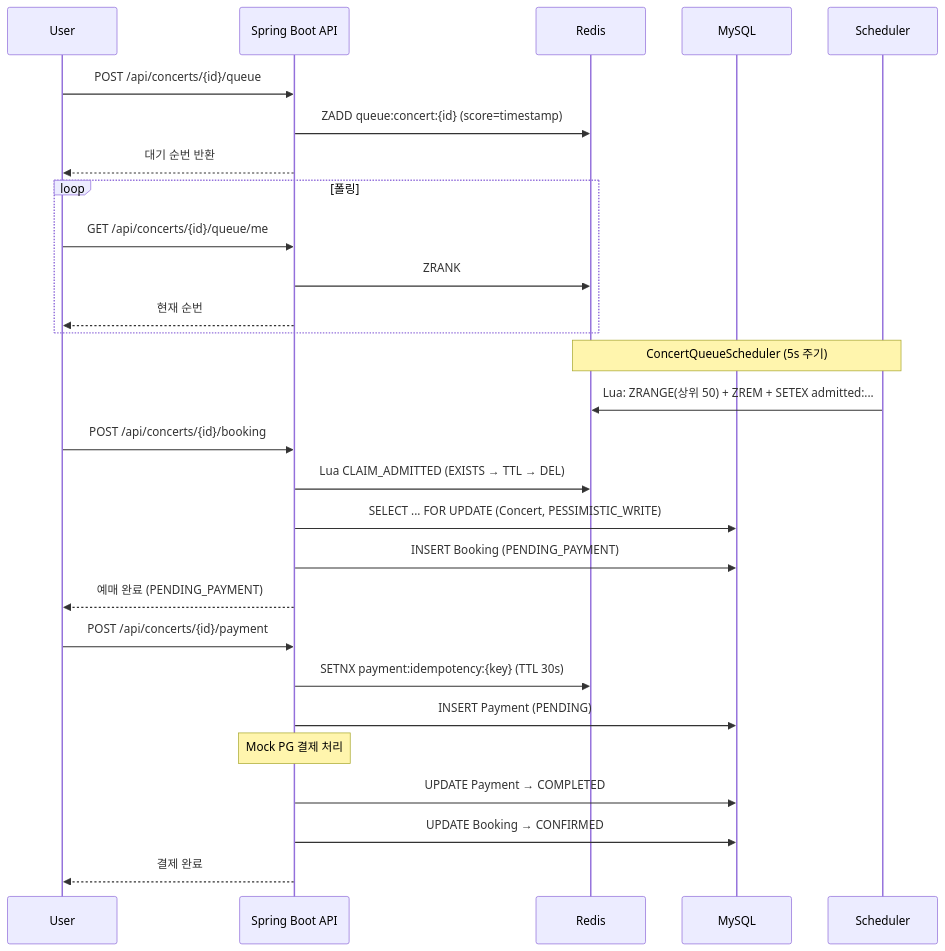
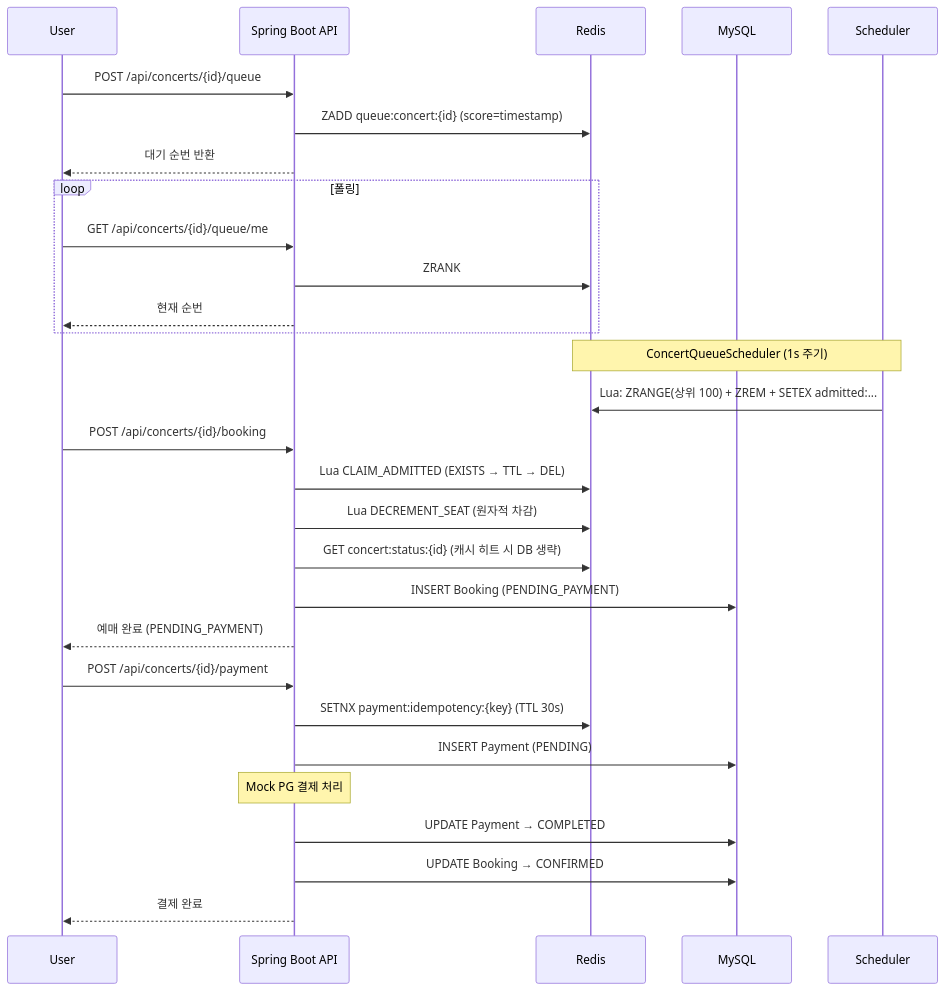
One commit to hak0622/ticketflow changed the first of 3 diagrams in docs/flow.md. Above: the diagram before and after it, drawn with Mermaid. The commit also changed 4 other files, not shown here.

````diff
--- a/docs/flow.md
+++ b/docs/flow.md
@@ -5,35 +5,36 @@
 ```mermaid
 sequenceDiagram
     participant U as User
     participant API as Spring Boot API
     participant Redis as Redis
     participant DB as MySQL
     participant Sched as Scheduler
 
     U->>API: POST /api/concerts/{id}/queue
     API->>Redis: ZADD queue:concert:{id} (score=timestamp)
     API-->>U: 대기 순번 반환
 
     loop 폴링
         U->>API: GET /api/concerts/{id}/queue/me
         API->>Redis: ZRANK
         API-->>U: 현재 순번
     end
 
-    Note over Sched,Redis: ConcertQueueScheduler (5s 주기)
-    Sched->>Redis: Lua: ZRANGE(상위 50) + ZREM + SETEX admitted:...
+    Note over Sched,Redis: ConcertQueueScheduler (1s 주기)
+    Sched->>Redis: Lua: ZRANGE(상위 100) + ZREM + SETEX admitted:...
 
     U->>API: POST /api/concerts/{id}/booking
     API->>Redis: Lua CLAIM_ADMITTED (EXISTS → TTL → DEL)
-    API->>DB: SELECT ... FOR UPDATE (Concert, PESSIMISTIC_WRITE)
+    API->>Redis: Lua DECREMENT_SEAT (원자적 차감)
+    API->>Redis: GET concert:status:{id} (캐시 히트 시 DB 생략)
     API->>DB: INSERT Booking (PENDING_PAYMENT)
     API-->>U: 예매 완료 (PENDING_PAYMENT)
 
     U->>API: POST /api/concerts/{id}/payment
     API->>Redis: SETNX payment:idempotency:{key} (TTL 30s)
     API->>DB: INSERT Payment (PENDING)
     Note over API: Mock PG 결제 처리
     API->>DB: UPDATE Payment → COMPLETED
     API->>DB: UPDATE Booking → CONFIRMED
     API-->>U: 결제 완료
 ```
````
